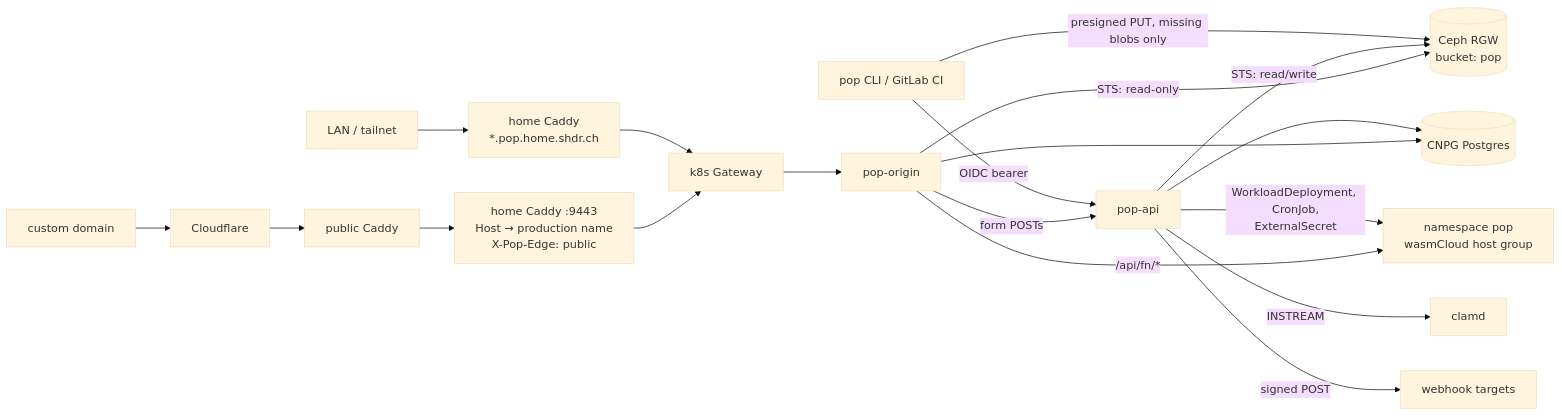
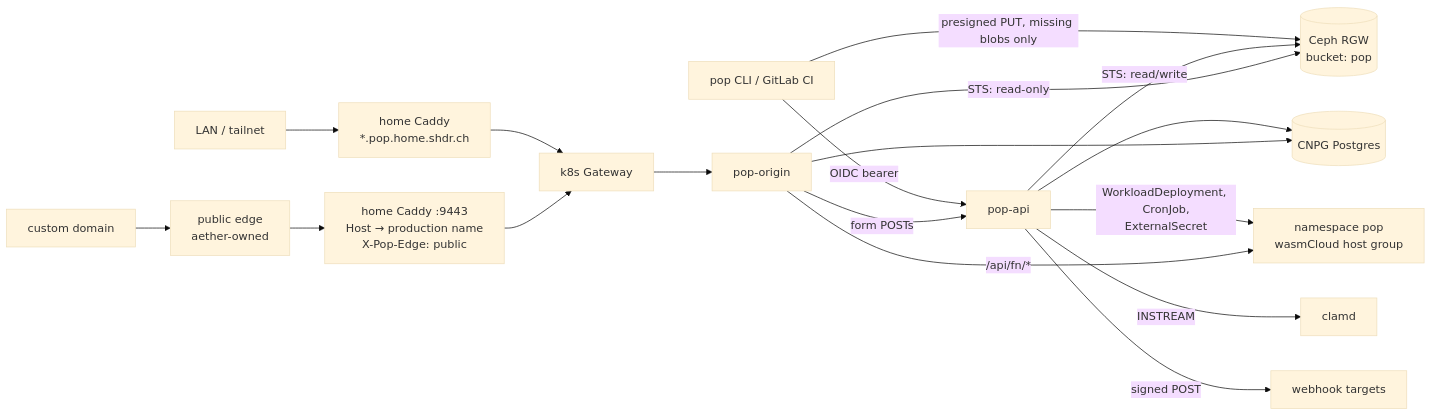
One commit to shedrachokonofua/aether changed the diagram in docs/superpowers/specs/2026-10-09-pop-design.md. Above: the diagram before and after it, drawn with Mermaid (base theme). The commit also changed other lines of this file, not shown here.

Commit message:
docs: pop spec — decouple from Cloudflare, full OTel, wasmCloud host group via chart

````diff
--- a/docs/superpowers/specs/2026-10-09-pop-design.md
+++ b/docs/superpowers/specs/2026-10-09-pop-design.md
@@ -48,19 +48,19 @@
 ```mermaid
 flowchart LR
   cli[pop CLI / GitLab CI] -->|OIDC bearer| api[pop-api]
   cli -->|presigned PUT, missing blobs only| rgw[(Ceph RGW<br/>bucket: pop)]
   api --> pg[(CNPG Postgres)]
   api -->|STS: read/write| rgw
   api -->|WorkloadDeployment, CronJob,<br/>ExternalSecret| k8s[namespace pop<br/>wasmCloud host group]
   api -->|INSTREAM| clamd[clamd]
   api -->|signed POST| hooks[webhook targets]
   lan[LAN / tailnet] --> caddy[home Caddy<br/>*.pop.home.shdr.ch]
-  pub[custom domain] --> cf[Cloudflare] --> link[public Caddy] --> c9443[home Caddy :9443<br/>Host → production name<br/>X-Pop-Edge: public]
+  pub[custom domain] --> edge[public edge<br/>aether-owned] --> c9443[home Caddy :9443<br/>Host → production name<br/>X-Pop-Edge: public]
   caddy --> gw[k8s Gateway]
   c9443 --> gw
   gw --> origin[pop-origin]
   origin -->|STS: read-only| rgw
   origin --> pg
   origin -->|/api/fn/*| k8s
   origin -->|form POSTs| api
 ```
````
